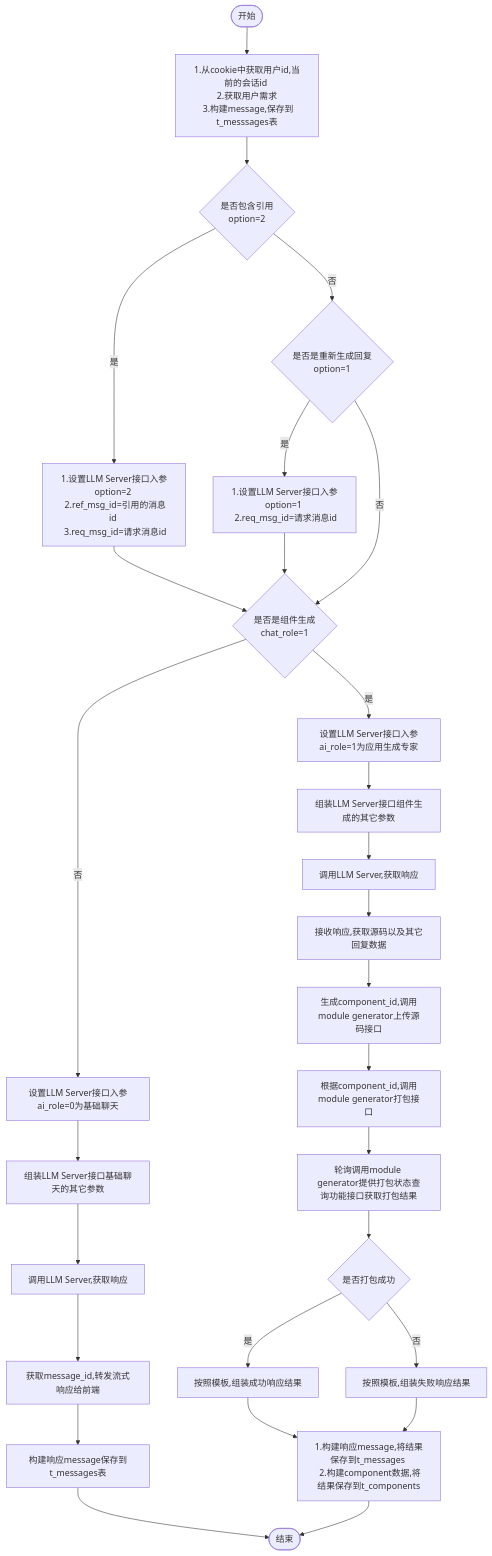
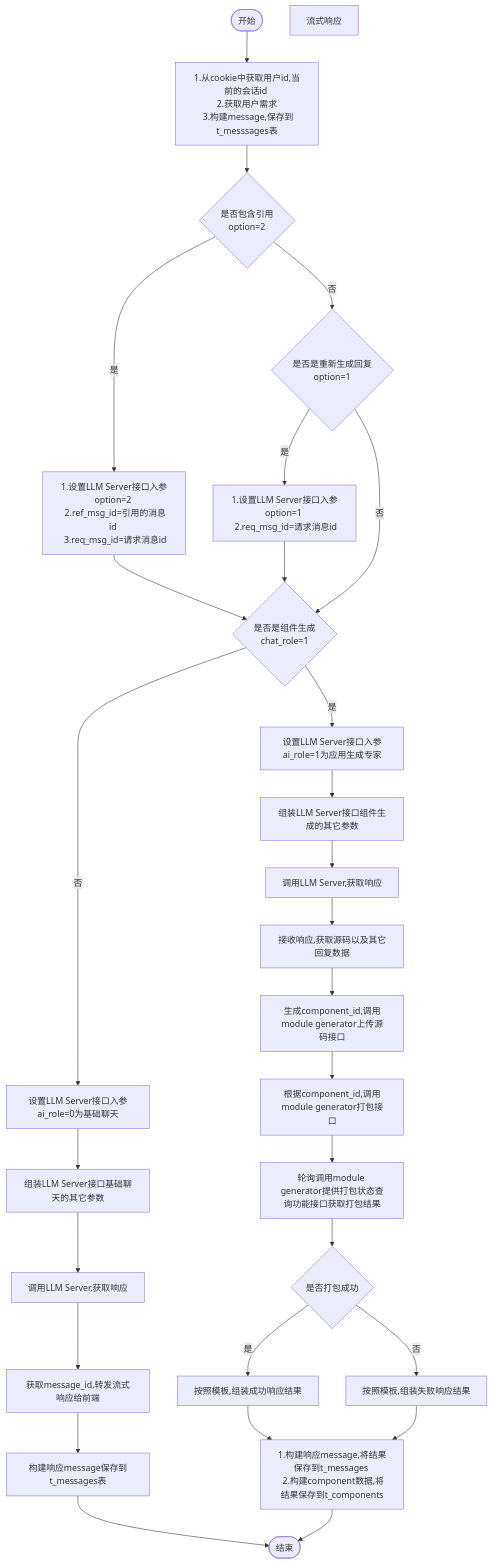
The diagram in all/w3-会话-不需要传递message.md (yingjianzh/iodraw-files), drawn with Mermaid before and after one commit.

Commit message:
2024-10-15 15:11:48 update

````diff
--- a/all/w3-会话-不需要传递message.md
+++ b/all/w3-会话-不需要传递message.md
@@ -1,34 +1,35 @@
 ```mermaid
 flowchart TD
     A([开始]) --> B[1.从cookie中获取用户id,当前的会话id \n 2.获取用户需求 \n 3.构建message,保存到t_messsages表]
     B--> D{是否包含引用 \n option=2}
     D -- 是 --> E[1.设置LLM Server接口入参option=2 \n 2.ref_msg_id=引用的消息id \n 3.req_msg_id=请求消息id]
     D -- 否 --> F{是否是重新生成回复\n option=1}
     F -- 是 --> G[1.设置LLM Server接口入参option=1 \n 2.req_msg_id=请求消息id]
     F -- 否 --> I
      
     E & G --> I{是否是组件生成 \n chat_role=1}
     I -- 否 --> K[设置LLM Server接口入参ai_role=0为基础聊天]
     I -- 是 --> J[设置LLM Server接口入参ai_role=1为应用生成专家]
     
 
     J --> L[组装LLM Server接口组件生成的其它参数]    
     K --> M[组装LLM Server接口基础聊天的其它参数]    
     M --> N[调用LLM Server,获取响应]    
     N --> O[获取message_id,转发流式响应给前端]
     O --> P[构建响应message保存到t_messages表]
     P --> R([结束])
 
 
     L --> S[调用LLM Server,获取响应]
     S --> T[接收响应,获取源码以及其它回复数据]
     T --> U[生成component_id,调用module generator上传源码接口]
     U --> V[根据component_id,调用module generator打包接口]
     V --> W[轮询调用module generator提供打包状态查询功能接口获取打包结果]
     W --> X{是否打包成功}
     X -- 是 --> Y[按照模板,组装成功响应结果]
     X -- 否 --> Z[按照模板,组装失败响应结果]
+    流式响应
 
     Y & Z --> Result[1.构建响应message,将结果保存到t_messages \n 2.构建component数据,将结果保存到t_components]
     Result --> R
 ```
````
